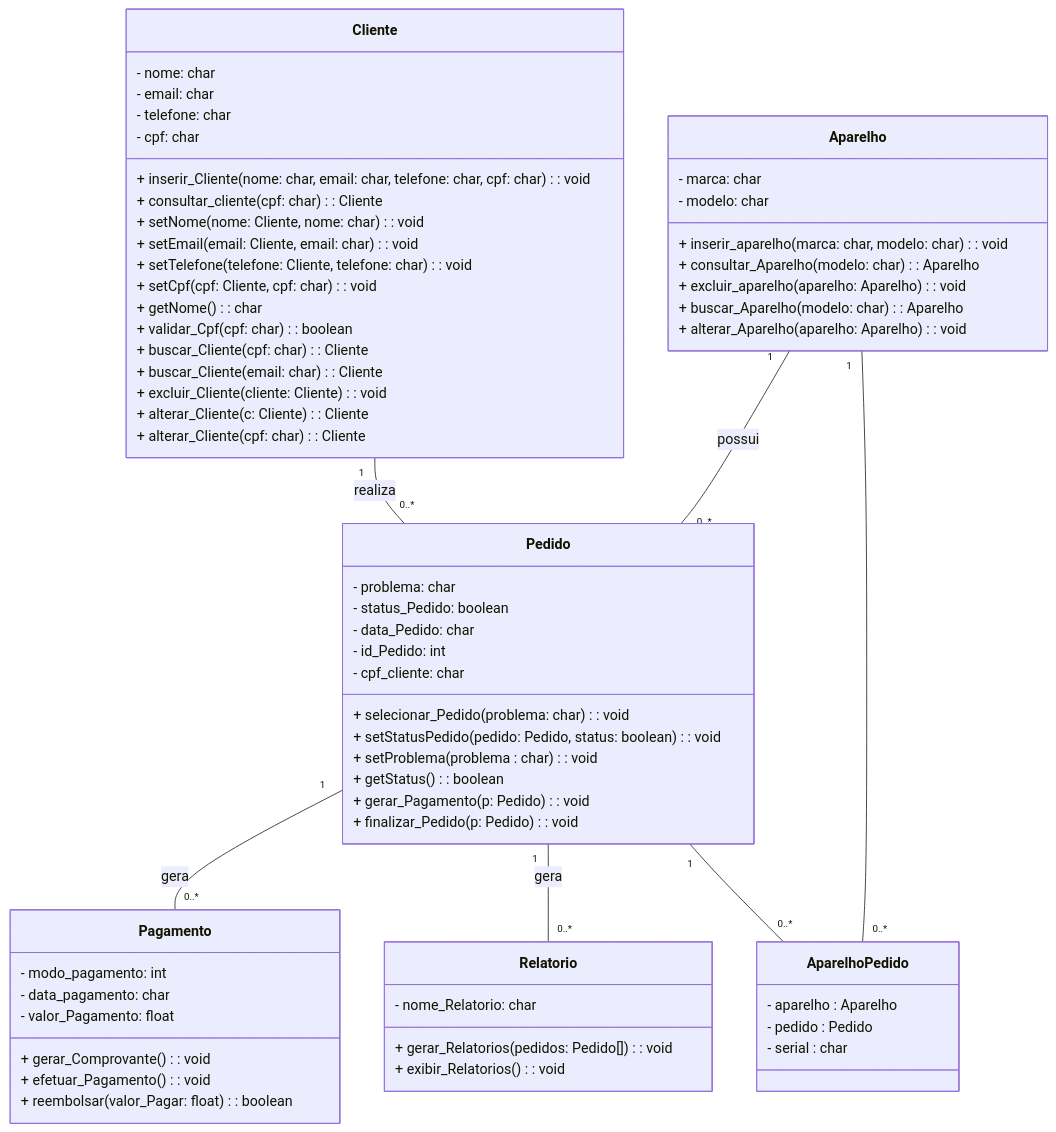
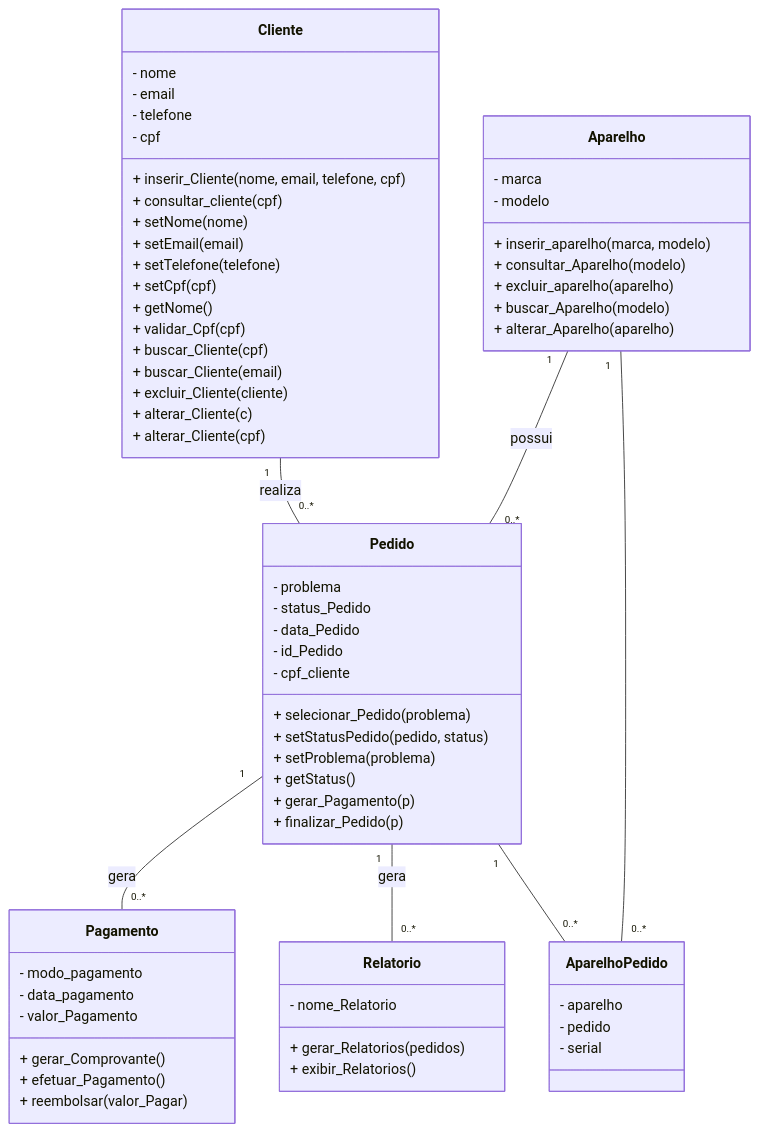
One commit to flaviogui/TechCell-Pro changed the diagram in documentação/doc-visao.md. Above: the diagram before and after it, drawn with Mermaid.

Commit message:
Atualizando Diagrama de Classes no doc-visao.md
Atualizei a formatação do diagrama de classes que estava misturando formatações de python e java no diagrama UML

````diff
--- a/documentação/doc-visao.md
+++ b/documentação/doc-visao.md
@@ -62,76 +62,76 @@
 ```mermaid
 classDiagram
     class Aparelho {
-        - marca: char
-	- modelo: char
-          + inserir_aparelho(marca: char, modelo: char): void
-          + consultar_Aparelho(modelo: char): Aparelho 
-          + excluir_aparelho(aparelho: Aparelho): void 
-          + buscar_Aparelho(modelo: char): Aparelho 
-          + alterar_Aparelho(aparelho: Aparelho): void 
+        - marca
+	- modelo
+          + inserir_aparelho(marca, modelo)
+          + consultar_Aparelho(modelo)
+          + excluir_aparelho(aparelho)
+          + buscar_Aparelho(modelo)
+          + alterar_Aparelho(aparelho)
     }
     
     class Cliente {
-        - nome: char
-        - email: char
-        - telefone: char
-        - cpf: char
-          + inserir_Cliente(nome: char, email: char, telefone: char, cpf: char): void 
-          + consultar_cliente(cpf: char): Cliente 
-          + setNome(nome: Cliente, nome: char): void 
-	  + setEmail(email: Cliente, email: char): void 
-	  + setTelefone(telefone: Cliente, telefone: char): void	
-	  + setCpf(cpf: Cliente, cpf: char): void	
-	  + getNome(): char	
-	  + validar_Cpf(cpf: char): boolean	
-	  + buscar_Cliente(cpf: char): Cliente
-	  + buscar_Cliente(email: char): Cliente
-	  + excluir_Cliente(cliente: Cliente): void 	
-	  + alterar_Cliente(c: Cliente): Cliente
-	  + alterar_Cliente(cpf: char): Cliente 	
+        - nome
+        - email
+        - telefone
+        - cpf
+          + inserir_Cliente(nome, email, telefone, cpf)
+          + consultar_cliente(cpf)
+          + setNome(nome)
+	  + setEmail(email)
+	  + setTelefone(telefone)
+	  + setCpf(cpf)
+	  + getNome()
+	  + validar_Cpf(cpf)
+	  + buscar_Cliente(cpf)
+	  + buscar_Cliente(email)
+	  + excluir_Cliente(cliente)
+	  + alterar_Cliente(c)
+	  + alterar_Cliente(cpf)
     }
     
     class Pedido {
-       - problema: char  
-       - status_Pedido: boolean
-       - data_Pedido: char   
-       - id_Pedido: int   
-       - cpf_cliente: char   
-       	   + selecionar_Pedido(problema: char): void   
-	   + setStatusPedido(pedido: Pedido, status: boolean): void   
-	   + setProblema(problema : char ): void
-	   + getStatus() : boolean	
-	   + gerar_Pagamento(p: Pedido): void  	
-	   + finalizar_Pedido(p: Pedido): void  	
+       - problema
+       - status_Pedido
+       - data_Pedido
+       - id_Pedido
+       - cpf_cliente
+       	   + selecionar_Pedido(problema)
+	   + setStatusPedido(pedido, status)
+	   + setProblema(problema)
+	   + getStatus()
+	   + gerar_Pagamento(p)
+	   + finalizar_Pedido(p)
     }
     
     class Pagamento {
-	- modo_pagamento: int  
-	- data_pagamento: char  
-	- valor_Pagamento: float  	
-	  + gerar_Comprovante(): void  	
-	  + efetuar_Pagamento(): void  	
-	  + reembolsar(valor_Pagar: float): boolean 	
+	- modo_pagamento
+	- data_pagamento
+	- valor_Pagamento
+	  + gerar_Comprovante()
+	  + efetuar_Pagamento()
+	  + reembolsar(valor_Pagar)
      }
 
      class Relatorio{
-      	- nome_Relatorio: char  
-      	  + gerar_Relatorios(pedidos: Pedido[]): void
-	  + exibir_Relatorios(): void
+      	- nome_Relatorio
+      	  + gerar_Relatorios(pedidos)
+	  + exibir_Relatorios()
      }
 
     class AparelhoPedido {
-        - aparelho : Aparelho
-        - pedido : Pedido
-        - serial : char
+        - aparelho
+        - pedido
+        - serial
     }
 
      Aparelho "1" -- "0..*" Pedido : possui
      Cliente "1" -- "0..*" Pedido : realiza
      Pedido "1" -- "0..*" Pagamento : gera
      Pedido "1" -- "0..*" Relatorio : gera
      Aparelho "1" -- "0..*" AparelhoPedido
      Pedido "1" -- "0..*" AparelhoPedido
 
 
 ```
````
